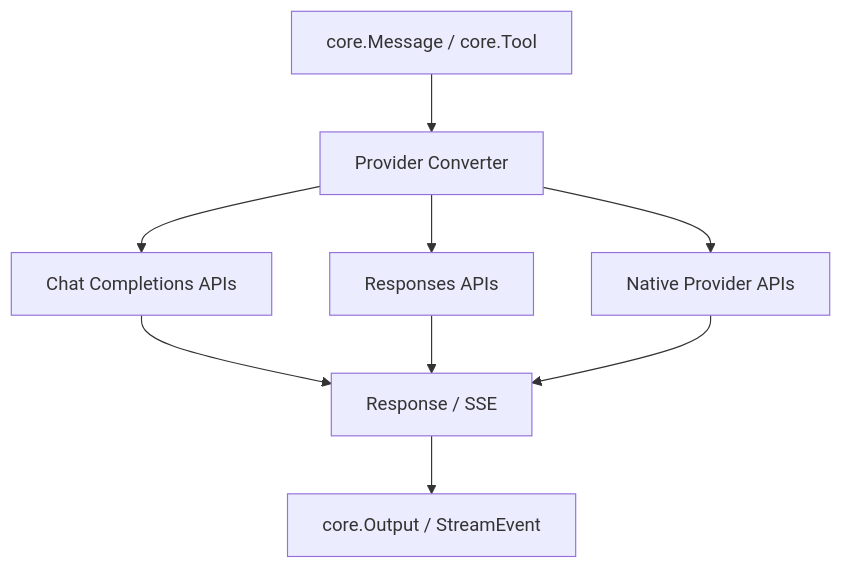
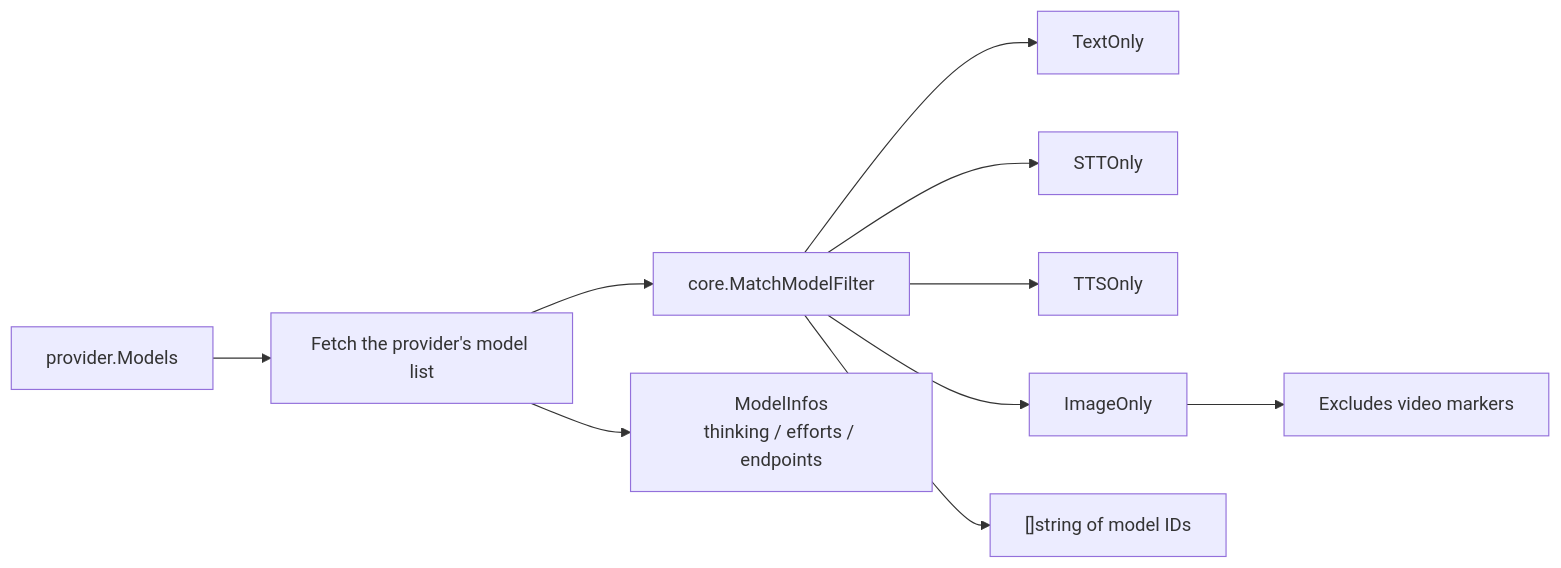
Before and after one commit to pardnchiu/go-llm-router: the eighth of 11 diagrams in doc/architecture.md, drawn with Mermaid. The commit also changed other lines of this file and 5 other files, not shown here.

Commit message:
doc: Rewrite documentation for the current router architecture

````diff
--- a/doc/architecture.md
+++ b/doc/architecture.md
@@ -164,19 +180,12 @@
 ```mermaid
-graph TB
-    Core[core.Message / core.Tool]
-    Convert[Provider Converter]
-    Chat[Chat Completions APIs]
-    Responses[Responses APIs]
-    Native[Native Provider APIs]
-    Upstream[Response / SSE]
-    Result[core.Output / StreamEvent]
-
-    Core --> Convert
-    Convert --> Chat
-    Convert --> Responses
-    Convert --> Native
-    Chat --> Upstream
-    Responses --> Upstream
-    Native --> Upstream
-    Upstream --> Result
+graph LR
+    Models[provider.Models] --> Fetch[Fetch the provider's model list]
+    Fetch --> Match[core.MatchModelFilter]
+    Match --> TextOnly[TextOnly]
+    Match --> STTOnly[STTOnly]
+    Match --> TTSOnly[TTSOnly]
+    Match --> ImageOnly[ImageOnly]
+    ImageOnly --> NoVideo[Excludes video markers]
+    Match --> IDs["[]string of model IDs"]
+    Fetch --> Infos[ModelInfos<br/>thinking / efforts / endpoints]
 ```
````
